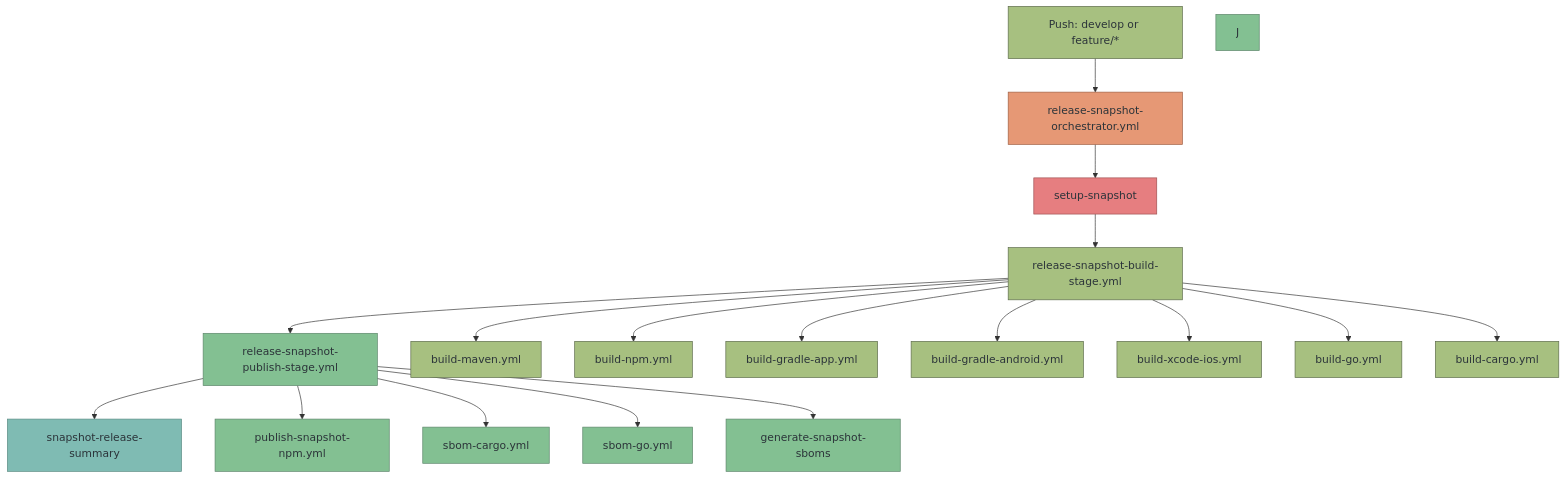
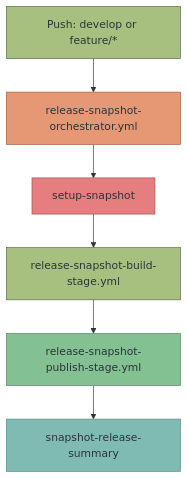
The third of 5 diagrams in docs/workflows.md (diggsweden/reusable-ci), drawn with Mermaid before and after one commit. The commit also changed other lines of this file and 74 other files, not shown here.

````diff
--- a/docs/workflows.md
+++ b/docs/workflows.md
@@ -240,40 +241,15 @@
 ```mermaid
 graph TD
     A[Push: develop or feature/*] --> B[release-snapshot-orchestrator.yml]
     B --> C[setup-snapshot]
     C --> D[release-snapshot-build-stage.yml]
     D --> E[release-snapshot-publish-stage.yml]
     E --> F[snapshot-release-summary]
 
-    D --> G[build-maven.yml]
-    D --> H[build-npm.yml]
-    D --> I[build-gradle-app.yml]
-    D --> I2[build-gradle-android.yml]
-    D --> I3[build-xcode-ios.yml]
-    D --> I4[build-go.yml]
-    D --> I5[build-cargo.yml]
-
-    E --> K[publish-snapshot-npm.yml]
-    E --> L[sbom-cargo.yml]
-    E --> L2[sbom-go.yml]
-    E --> M[generate-snapshot-sboms]
-
     style A fill:#a7c080,stroke:#5c6a4a,color:#2b3339
     style B fill:#e69875,stroke:#9d5c41,color:#2b3339
     style C fill:#e67e80,stroke:#9d4f50,color:#2b3339
     style D fill:#a7c080,stroke:#5c6a4a,color:#2b3339
     style E fill:#83c092,stroke:#5c856a,color:#2b3339
     style F fill:#7fbbb3,stroke:#5a8a82,color:#2b3339
-    style G fill:#a7c080,stroke:#5c6a4a,color:#2b3339
-    style H fill:#a7c080,stroke:#5c6a4a,color:#2b3339
-    style I fill:#a7c080,stroke:#5c6a4a,color:#2b3339
-    style I2 fill:#a7c080,stroke:#5c6a4a,color:#2b3339
-    style I3 fill:#a7c080,stroke:#5c6a4a,color:#2b3339
-    style I4 fill:#a7c080,stroke:#5c6a4a,color:#2b3339
-    style I5 fill:#a7c080,stroke:#5c6a4a,color:#2b3339
-    style J fill:#83c092,stroke:#5c856a,color:#2b3339
-    style K fill:#83c092,stroke:#5c856a,color:#2b3339
-    style L fill:#83c092,stroke:#5c856a,color:#2b3339
-    style L2 fill:#83c092,stroke:#5c856a,color:#2b3339
-    style M fill:#83c092,stroke:#5c856a,color:#2b3339
 ```
````
